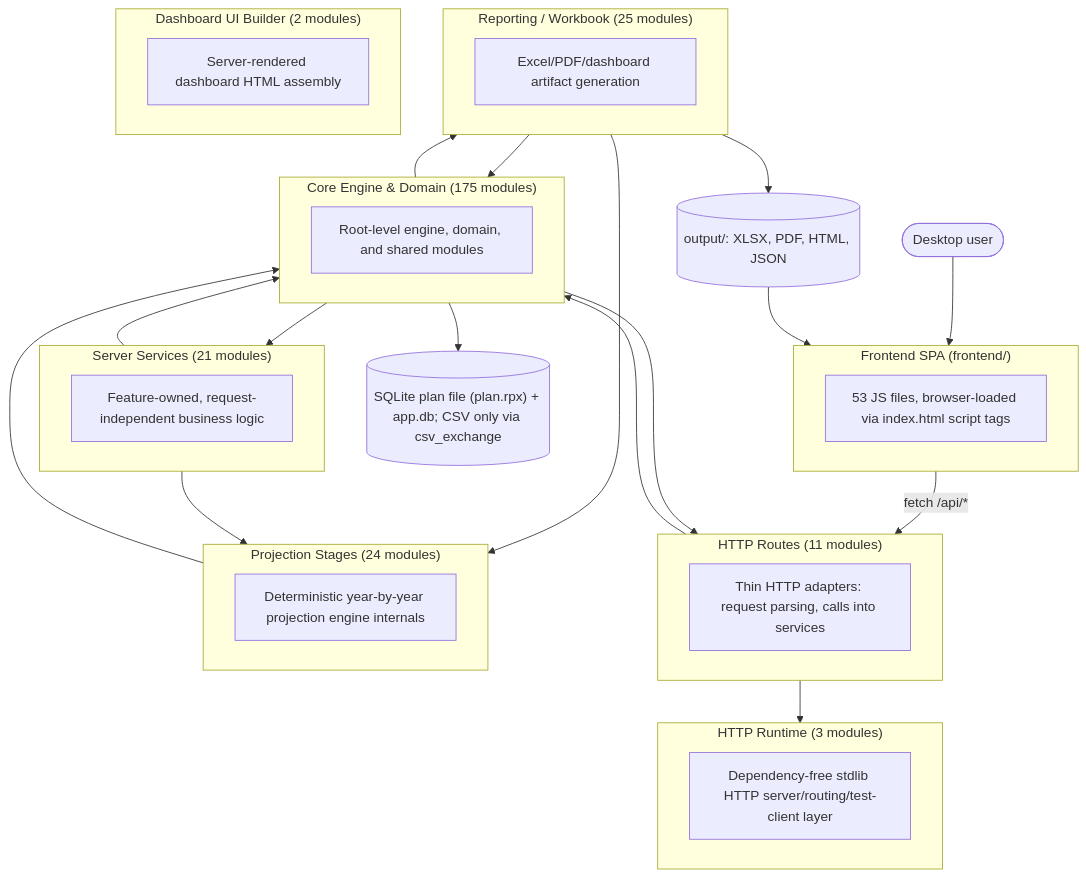
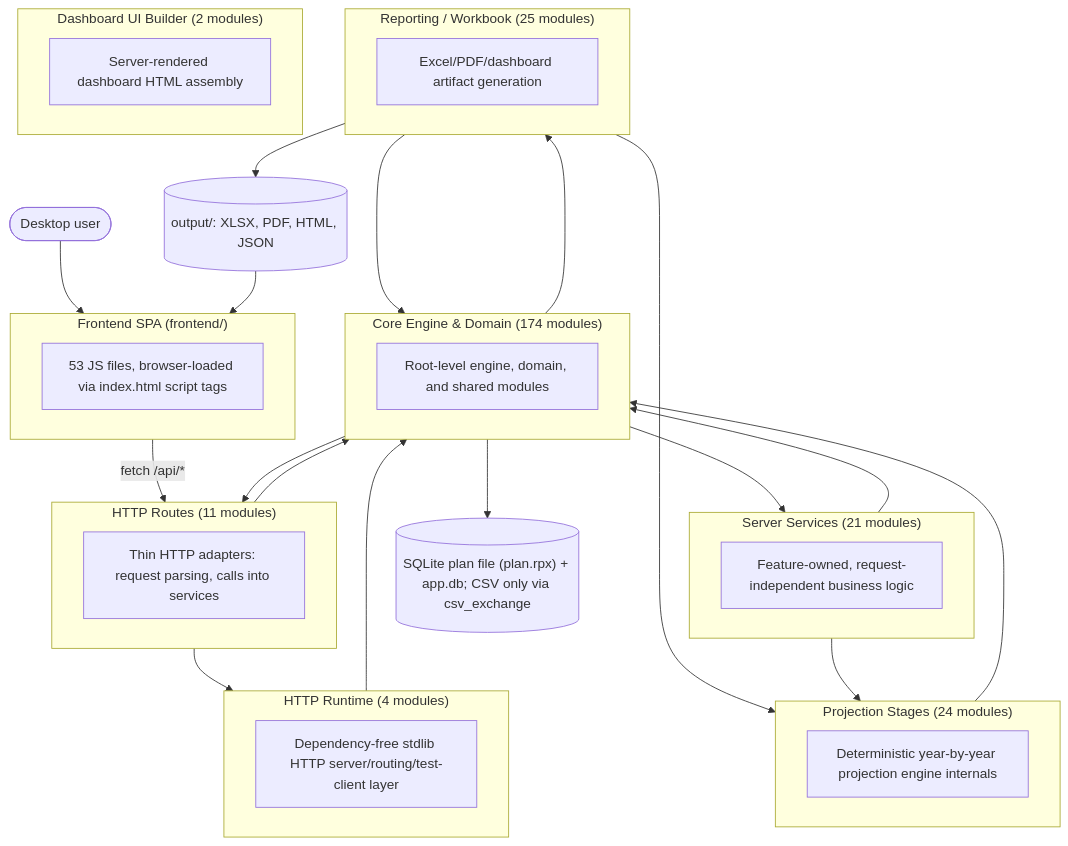
One commit to matthartzman/retirement_system changed the first of 2 diagrams in documentation/reference/SYSTEM_ARCHITECTURE_DIAGRAM.md. Above: the diagram before and after it, drawn with Mermaid. The commit also changed other lines of this file and 9 other files, not shown here.

````diff
--- a/documentation/reference/SYSTEM_ARCHITECTURE_DIAGRAM.md
+++ b/documentation/reference/SYSTEM_ARCHITECTURE_DIAGRAM.md
@@ -11,42 +11,43 @@
 ```mermaid
 flowchart TB
     User(["Desktop user"]) --> FE
     subgraph FE["Frontend SPA (frontend/)"]
         FEcount["53 JS files, browser-loaded via index.html script tags"]
     end
     FE -->|fetch /api/*| L_HTTP_Routes
     subgraph L_HTTP_Routes["HTTP Routes (11 modules)"]
         L_HTTP_Routes_d["Thin HTTP adapters: request parsing, calls into services"]
     end
     subgraph L_Server_Services["Server Services (21 modules)"]
         L_Server_Services_d["Feature-owned, request-independent business logic"]
     end
-    subgraph L_HTTP_Runtime["HTTP Runtime (3 modules)"]
+    subgraph L_HTTP_Runtime["HTTP Runtime (4 modules)"]
         L_HTTP_Runtime_d["Dependency-free stdlib HTTP server/routing/test-client layer"]
     end
-    subgraph L_Core_Engine___Domain["Core Engine & Domain (175 modules)"]
+    subgraph L_Core_Engine___Domain["Core Engine & Domain (174 modules)"]
         L_Core_Engine___Domain_d["Root-level engine, domain, and shared modules"]
     end
     subgraph L_Projection_Stages["Projection Stages (24 modules)"]
         L_Projection_Stages_d["Deterministic year-by-year projection engine internals"]
     end
     subgraph L_Reporting___Workbook["Reporting / Workbook (25 modules)"]
         L_Reporting___Workbook_d["Excel/PDF/dashboard artifact generation"]
     end
     subgraph L_Dashboard_UI_Builder["Dashboard UI Builder (2 modules)"]
         L_Dashboard_UI_Builder_d["Server-rendered dashboard HTML assembly"]
     end
     L_Core_Engine___Domain --> L_HTTP_Routes
     L_Core_Engine___Domain --> L_Reporting___Workbook
     L_Core_Engine___Domain --> L_Server_Services
     L_HTTP_Routes --> L_Core_Engine___Domain
     L_HTTP_Routes --> L_HTTP_Runtime
+    L_HTTP_Runtime --> L_Core_Engine___Domain
     L_Projection_Stages --> L_Core_Engine___Domain
     L_Reporting___Workbook --> L_Core_Engine___Domain
     L_Reporting___Workbook --> L_Projection_Stages
     L_Server_Services --> L_Core_Engine___Domain
     L_Server_Services --> L_Projection_Stages
     L_Core_Engine___Domain --> DB[("SQLite plan file (plan.rpx) + app.db; CSV only via csv_exchange")]
     L_Reporting___Workbook --> Outputs[("output/: XLSX, PDF, HTML, JSON")]
     Outputs --> FE
 ```
````
